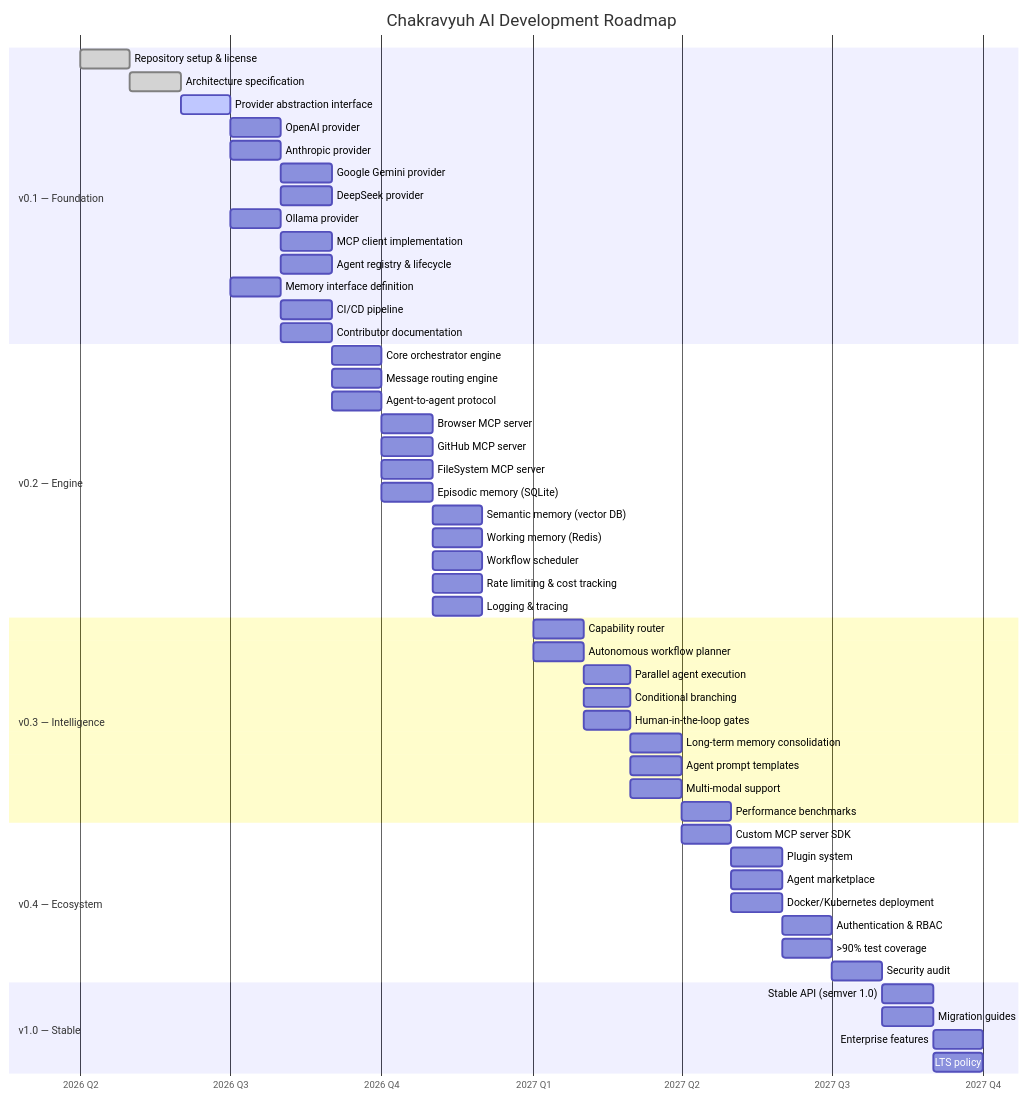
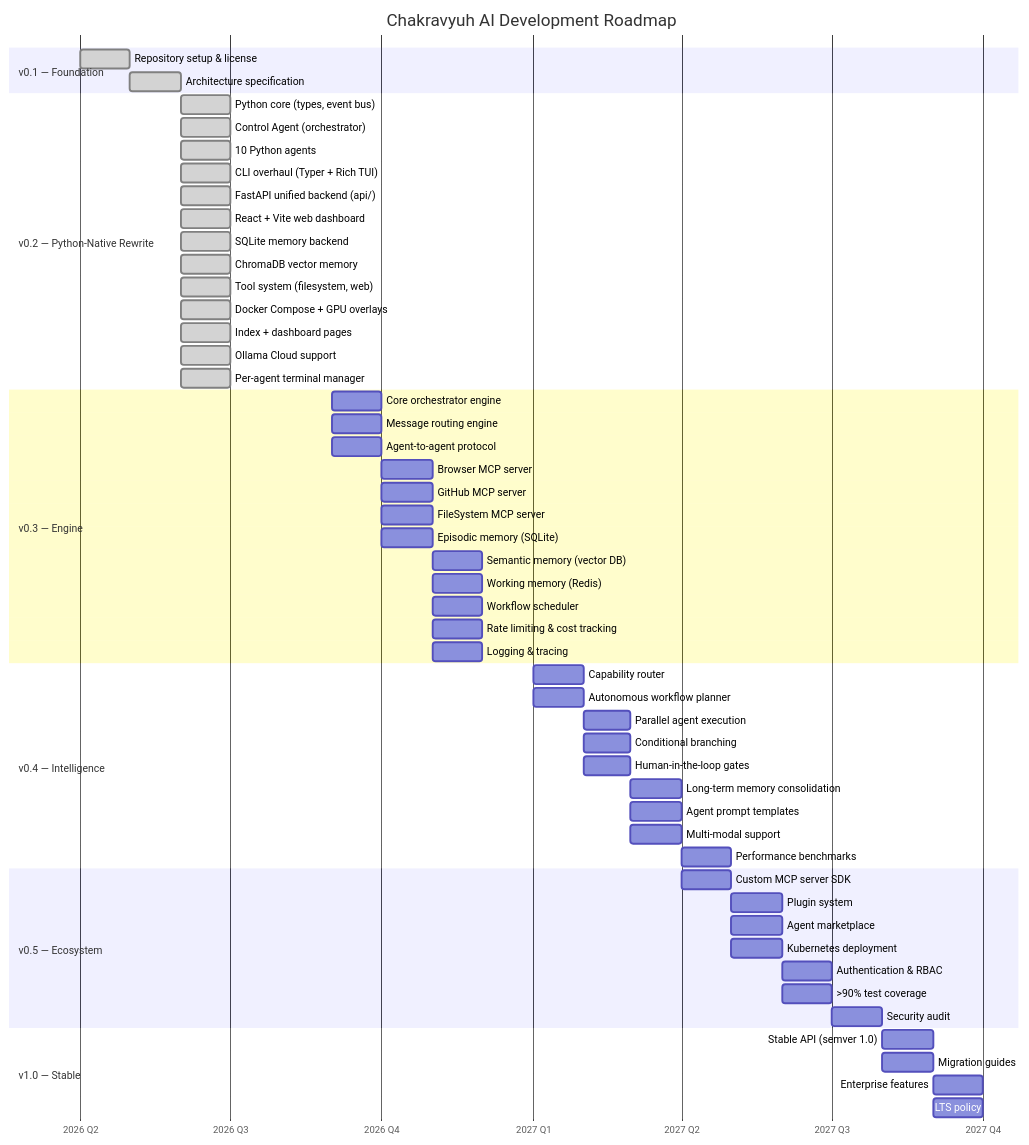
The diagram in ROADMAP.md (krushna081/chakravyuh-ai), drawn with Mermaid before and after one commit. The commit also changed other lines of this file and 97 other files, not shown here.

First line of the commit message:
feat: v0.2 Python-native rewrite — Ollama Cloud, 10 agents, CLI/TUI/API

````diff
--- a/ROADMAP.md
+++ b/ROADMAP.md
@@ -10,61 +10,65 @@
 ```mermaid
 gantt
     title Chakravyuh AI Development Roadmap
     dateFormat  YYYY-MM
     axisFormat  %Y Q%q
 
     section v0.1 — Foundation
     Repository setup & license        :done, 2026-04, 2026-05
     Architecture specification        :done, 2026-05, 2026-06
-    Provider abstraction interface    :active, 2026-06, 2026-07
-    OpenAI provider                    :2026-07, 2026-08
-    Anthropic provider                 :2026-07, 2026-08
-    Google Gemini provider             :2026-08, 2026-09
-    DeepSeek provider                  :2026-08, 2026-09
-    Ollama provider                    :2026-07, 2026-08
-    MCP client implementation         :2026-08, 2026-09
-    Agent registry & lifecycle        :2026-08, 2026-09
-    Memory interface definition       :2026-07, 2026-08
-    CI/CD pipeline                    :2026-08, 2026-09
-    Contributor documentation         :2026-08, 2026-09
 
-    section v0.2 — Engine
+    section v0.2 — Python-Native Rewrite
+    Python core (types, event bus)    :done, 2026-06, 2026-07
+    Control Agent (orchestrator)      :done, 2026-06, 2026-07
+    10 Python agents                  :done, 2026-06, 2026-07
+    CLI overhaul (Typer + Rich TUI)   :done, 2026-06, 2026-07
+    FastAPI unified backend (api/)    :done, 2026-06, 2026-07
+    React + Vite web dashboard       :done, 2026-06, 2026-07
+    SQLite memory backend            :done, 2026-06, 2026-07
+    ChromaDB vector memory           :done, 2026-06, 2026-07
+    Tool system (filesystem, web)    :done, 2026-06, 2026-07
+    Docker Compose + GPU overlays    :done, 2026-06, 2026-07
+    Index + dashboard pages          :done, 2026-06, 2026-07
+    Ollama Cloud support             :done, 2026-06, 2026-07
+    Per-agent terminal manager       :done, 2026-06, 2026-07
+
+    section v0.3 — Engine
     Core orchestrator engine          :2026-09, 2026-10
     Message routing engine            :2026-09, 2026-10
     Agent-to-agent protocol           :2026-09, 2026-10
     Browser MCP server                :2026-10, 2026-11
     GitHub MCP server                 :2026-10, 2026-11
     FileSystem MCP server             :2026-10, 2026-11
     Episodic memory (SQLite)          :2026-10, 2026-11
     Semantic memory (vector DB)       :2026-11, 2026-12
     Working memory (Redis)            :2026-11, 2026-12
     Workflow scheduler                :2026-11, 2026-12
     Rate limiting & cost tracking     :2026-11, 2026-12
     Logging & tracing                 :2026-11, 2026-12
 
-    section v0.3 — Intelligence
+    section v0.4 — Intelligence
     Capability router                 :2027-01, 2027-02
     Autonomous workflow planner       :2027-01, 2027-02
     Parallel agent execution          :2027-02, 2027-03
     Conditional branching             :2027-02, 2027-03
     Human-in-the-loop gates           :2027-02, 2027-03
     Long-term memory consolidation    :2027-03, 2027-04
     Agent prompt templates            :2027-03, 2027-04
     Multi-modal support               :2027-03, 2027-04
     Performance benchmarks            :2027-04, 2027-05
 
-    section v0.4 — Ecosystem
+    section v0.5 — Ecosystem
     Custom MCP server SDK             :2027-04, 2027-05
     Plugin system                     :2027-05, 2027-06
     Agent marketplace                 :2027-05, 2027-06
-    Docker/Kubernetes deployment      :2027-05, 2027-06
+    Kubernetes deployment             :2027-05, 2027-06
     Authentication & RBAC             :2027-06, 2027-07
     >90% test coverage                :2027-06, 2027-07
     Security audit                    :2027-07, 2027-08
 
     section v1.0 — Stable
     Stable API (semver 1.0)           :2027-08, 2027-09
     Migration guides                  :2027-08, 2027-09
     Enterprise features               :2027-09, 2027-10
     LTS policy                        :2027-09, 2027-10
 ```
````
